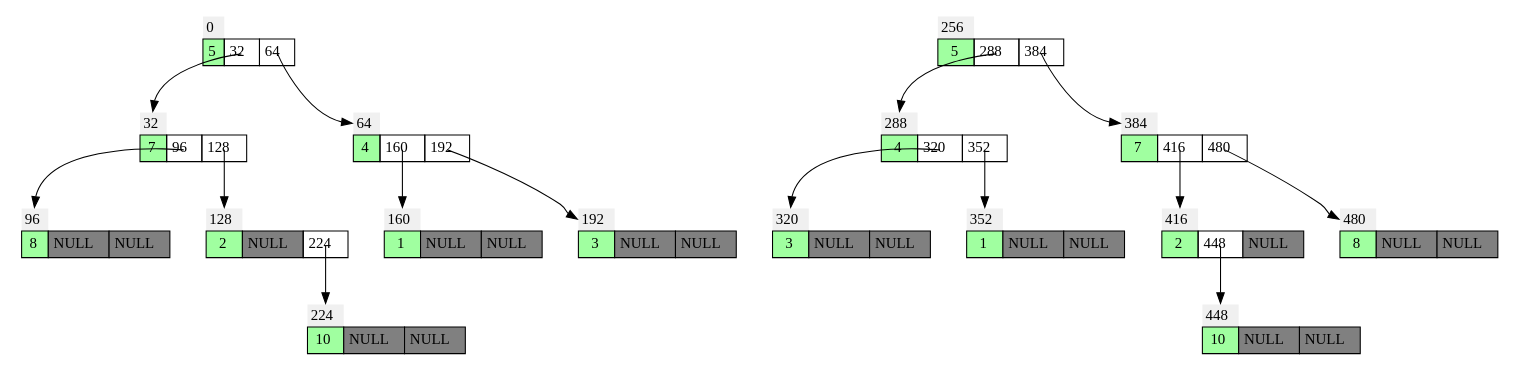
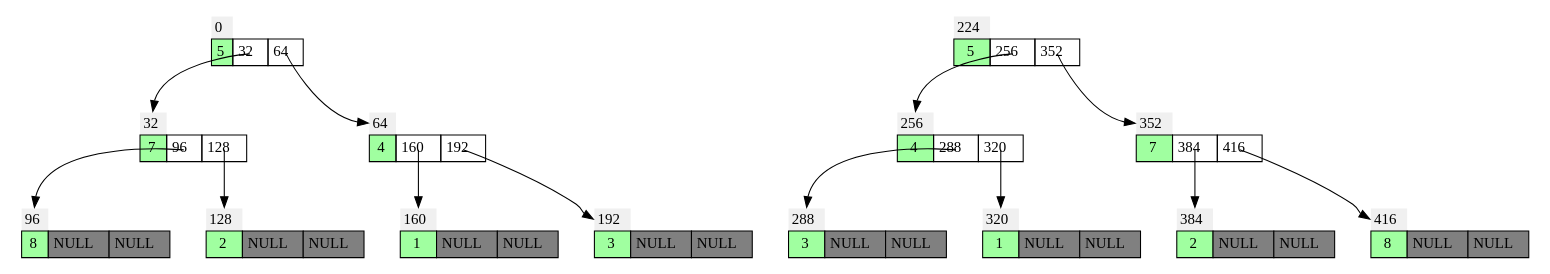
Before and after one commit to Davoleo/uni: the diagram in AeSD/lab/tree/graph.dot, drawn with Graphviz. The commit also changed 2 other files, not shown here.

```diff
--- a/AeSD/lab/tree/graph.dot
+++ b/AeSD/lab/tree/graph.dot
@@ -1,154 +1,136 @@
 digraph g
 { 
 node [shape=none]
 rankdir="TB"
 edge[tailclip=false,arrowtail=dot];
 node_0_0
 [label=<
 <TABLE BORDER="0" CELLBORDER="1" CELLSPACING="0" CELLPADDING="4" >
 <TR> <TD CELLPADDING="3" BORDER="0"  ALIGN="LEFT" bgcolor="#f0f0f0" PORT="id">0</TD> </TR><TR>
 <TD PORT="val" bgcolor="#a0FFa0">5</TD>
  <TD PORT="L" > 32</TD>
  <TD PORT="R" > 64</TD>
 </TR></TABLE>>];
 rank = same; node_0_0;node_32_0;
 node_0_0:L:c -> node_32_0:id ;
 node_0_0:R:c -> node_64_0:id ;
 node_32_0
 [label=<
 <TABLE BORDER="0" CELLBORDER="1" CELLSPACING="0" CELLPADDING="4" >
 <TR> <TD CELLPADDING="3" BORDER="0"  ALIGN="LEFT" bgcolor="#f0f0f0" PORT="id">32</TD> </TR><TR>
 <TD PORT="val" bgcolor="#a0FFa0">7</TD>
  <TD PORT="L" > 96</TD>
  <TD PORT="R" > 128</TD>
 </TR></TABLE>>];
 rank = same; node_32_0;node_96_0;
 node_32_0:L:c -> node_96_0:id ;
 node_32_0:R:c -> node_128_0:id ;
 node_96_0
 [label=<
 <TABLE BORDER="0" CELLBORDER="1" CELLSPACING="0" CELLPADDING="4" >
 <TR> <TD CELLPADDING="3" BORDER="0"  ALIGN="LEFT" bgcolor="#f0f0f0" PORT="id">96</TD> </TR><TR>
 <TD PORT="val" bgcolor="#a0FFa0">8</TD>
  <TD PORT="L" bgcolor="#808080"> NULL</TD>
  <TD PORT="R" bgcolor="#808080"> NULL</TD>
 </TR></TABLE>>];
 node_128_0
 [label=<
 <TABLE BORDER="0" CELLBORDER="1" CELLSPACING="0" CELLPADDING="4" >
 <TR> <TD CELLPADDING="3" BORDER="0"  ALIGN="LEFT" bgcolor="#f0f0f0" PORT="id">128</TD> </TR><TR>
 <TD PORT="val" bgcolor="#a0FFa0">2</TD>
  <TD PORT="L" bgcolor="#808080"> NULL</TD>
- <TD PORT="R" > 224</TD>
-</TR></TABLE>>];
-node_128_0:R:c -> node_224_0:id ;
-node_224_0
-[label=<
-<TABLE BORDER="0" CELLBORDER="1" CELLSPACING="0" CELLPADDING="4" >
-<TR> <TD CELLPADDING="3" BORDER="0"  ALIGN="LEFT" bgcolor="#f0f0f0" PORT="id">224</TD> </TR><TR>
-<TD PORT="val" bgcolor="#a0FFa0">10</TD>
- <TD PORT="L" bgcolor="#808080"> NULL</TD>
  <TD PORT="R" bgcolor="#808080"> NULL</TD>
 </TR></TABLE>>];
 node_64_0
 [label=<
 <TABLE BORDER="0" CELLBORDER="1" CELLSPACING="0" CELLPADDING="4" >
 <TR> <TD CELLPADDING="3" BORDER="0"  ALIGN="LEFT" bgcolor="#f0f0f0" PORT="id">64</TD> </TR><TR>
 <TD PORT="val" bgcolor="#a0FFa0">4</TD>
  <TD PORT="L" > 160</TD>
  <TD PORT="R" > 192</TD>
 </TR></TABLE>>];
 rank = same; node_64_0;node_160_0;
 node_64_0:L:c -> node_160_0:id ;
 node_64_0:R:c -> node_192_0:id ;
 node_160_0
 [label=<
 <TABLE BORDER="0" CELLBORDER="1" CELLSPACING="0" CELLPADDING="4" >
 <TR> <TD CELLPADDING="3" BORDER="0"  ALIGN="LEFT" bgcolor="#f0f0f0" PORT="id">160</TD> </TR><TR>
 <TD PORT="val" bgcolor="#a0FFa0">1</TD>
  <TD PORT="L" bgcolor="#808080"> NULL</TD>
  <TD PORT="R" bgcolor="#808080"> NULL</TD>
 </TR></TABLE>>];
 node_192_0
 [label=<
 <TABLE BORDER="0" CELLBORDER="1" CELLSPACING="0" CELLPADDING="4" >
 <TR> <TD CELLPADDING="3" BORDER="0"  ALIGN="LEFT" bgcolor="#f0f0f0" PORT="id">192</TD> </TR><TR>
 <TD PORT="val" bgcolor="#a0FFa0">3</TD>
  <TD PORT="L" bgcolor="#808080"> NULL</TD>
  <TD PORT="R" bgcolor="#808080"> NULL</TD>
 </TR></TABLE>>];
+node_224_1
+[label=<
+<TABLE BORDER="0" CELLBORDER="1" CELLSPACING="0" CELLPADDING="4" >
+<TR> <TD CELLPADDING="3" BORDER="0"  ALIGN="LEFT" bgcolor="#f0f0f0" PORT="id">224</TD> </TR><TR>
+<TD PORT="val" bgcolor="#a0FFa0">5</TD>
+ <TD PORT="L" > 256</TD>
+ <TD PORT="R" > 352</TD>
+</TR></TABLE>>];
+rank = same; node_224_1;node_256_1;
+node_224_1:L:c -> node_256_1:id ;
+node_224_1:R:c -> node_352_1:id ;
 node_256_1
 [label=<
 <TABLE BORDER="0" CELLBORDER="1" CELLSPACING="0" CELLPADDING="4" >
 <TR> <TD CELLPADDING="3" BORDER="0"  ALIGN="LEFT" bgcolor="#f0f0f0" PORT="id">256</TD> </TR><TR>
-<TD PORT="val" bgcolor="#a0FFa0">5</TD>
+<TD PORT="val" bgcolor="#a0FFa0">4</TD>
  <TD PORT="L" > 288</TD>
- <TD PORT="R" > 384</TD>
+ <TD PORT="R" > 320</TD>
 </TR></TABLE>>];
 rank = same; node_256_1;node_288_1;
 node_256_1:L:c -> node_288_1:id ;
-node_256_1:R:c -> node_384_1:id ;
+node_256_1:R:c -> node_320_1:id ;
 node_288_1
 [label=<
 <TABLE BORDER="0" CELLBORDER="1" CELLSPACING="0" CELLPADDING="4" >
 <TR> <TD CELLPADDING="3" BORDER="0"  ALIGN="LEFT" bgcolor="#f0f0f0" PORT="id">288</TD> </TR><TR>
-<TD PORT="val" bgcolor="#a0FFa0">4</TD>
- <TD PORT="L" > 320</TD>
- <TD PORT="R" > 352</TD>
+<TD PORT="val" bgcolor="#a0FFa0">3</TD>
+ <TD PORT="L" bgcolor="#808080"> NULL</TD>
+ <TD PORT="R" bgcolor="#808080"> NULL</TD>
 </TR></TABLE>>];
-rank = same; node_288_1;node_320_1;
-node_288_1:L:c -> node_320_1:id ;
-node_288_1:R:c -> node_352_1:id ;
 node_320_1
 [label=<
 <TABLE BORDER="0" CELLBORDER="1" CELLSPACING="0" CELLPADDING="4" >
 <TR> <TD CELLPADDING="3" BORDER="0"  ALIGN="LEFT" bgcolor="#f0f0f0" PORT="id">320</TD> </TR><TR>
-<TD PORT="val" bgcolor="#a0FFa0">3</TD>
+<TD PORT="val" bgcolor="#a0FFa0">1</TD>
  <TD PORT="L" bgcolor="#808080"> NULL</TD>
  <TD PORT="R" bgcolor="#808080"> NULL</TD>
 </TR></TABLE>>];
 node_352_1
 [label=<
 <TABLE BORDER="0" CELLBORDER="1" CELLSPACING="0" CELLPADDING="4" >
 <TR> <TD CELLPADDING="3" BORDER="0"  ALIGN="LEFT" bgcolor="#f0f0f0" PORT="id">352</TD> </TR><TR>
-<TD PORT="val" bgcolor="#a0FFa0">1</TD>
- <TD PORT="L" bgcolor="#808080"> NULL</TD>
- <TD PORT="R" bgcolor="#808080"> NULL</TD>
+<TD PORT="val" bgcolor="#a0FFa0">7</TD>
+ <TD PORT="L" > 384</TD>
+ <TD PORT="R" > 416</TD>
 </TR></TABLE>>];
+rank = same; node_352_1;node_384_1;
+node_352_1:L:c -> node_384_1:id ;
+node_352_1:R:c -> node_416_1:id ;
 node_384_1
 [label=<
 <TABLE BORDER="0" CELLBORDER="1" CELLSPACING="0" CELLPADDING="4" >
 <TR> <TD CELLPADDING="3" BORDER="0"  ALIGN="LEFT" bgcolor="#f0f0f0" PORT="id">384</TD> </TR><TR>
-<TD PORT="val" bgcolor="#a0FFa0">7</TD>
- <TD PORT="L" > 416</TD>
- <TD PORT="R" > 480</TD>
+<TD PORT="val" bgcolor="#a0FFa0">2</TD>
+ <TD PORT="L" bgcolor="#808080"> NULL</TD>
+ <TD PORT="R" bgcolor="#808080"> NULL</TD>
 </TR></TABLE>>];
-rank = same; node_384_1;node_416_1;
-node_384_1:L:c -> node_416_1:id ;
-node_384_1:R:c -> node_480_1:id ;
 node_416_1
 [label=<
 <TABLE BORDER="0" CELLBORDER="1" CELLSPACING="0" CELLPADDING="4" >
 <TR> <TD CELLPADDING="3" BORDER="0"  ALIGN="LEFT" bgcolor="#f0f0f0" PORT="id">416</TD> </TR><TR>
-<TD PORT="val" bgcolor="#a0FFa0">2</TD>
- <TD PORT="L" > 448</TD>
- <TD PORT="R" bgcolor="#808080"> NULL</TD>
-</TR></TABLE>>];
-node_416_1:L:c -> node_448_1:id ;
-node_448_1
-[label=<
-<TABLE BORDER="0" CELLBORDER="1" CELLSPACING="0" CELLPADDING="4" >
-<TR> <TD CELLPADDING="3" BORDER="0"  ALIGN="LEFT" bgcolor="#f0f0f0" PORT="id">448</TD> </TR><TR>
-<TD PORT="val" bgcolor="#a0FFa0">10</TD>
- <TD PORT="L" bgcolor="#808080"> NULL</TD>
- <TD PORT="R" bgcolor="#808080"> NULL</TD>
-</TR></TABLE>>];
-node_480_1
-[label=<
-<TABLE BORDER="0" CELLBORDER="1" CELLSPACING="0" CELLPADDING="4" >
-<TR> <TD CELLPADDING="3" BORDER="0"  ALIGN="LEFT" bgcolor="#f0f0f0" PORT="id">480</TD> </TR><TR>
 <TD PORT="val" bgcolor="#a0FFa0">8</TD>
  <TD PORT="L" bgcolor="#808080"> NULL</TD>
  <TD PORT="R" bgcolor="#808080"> NULL</TD>
 </TR></TABLE>>];
 }
```
